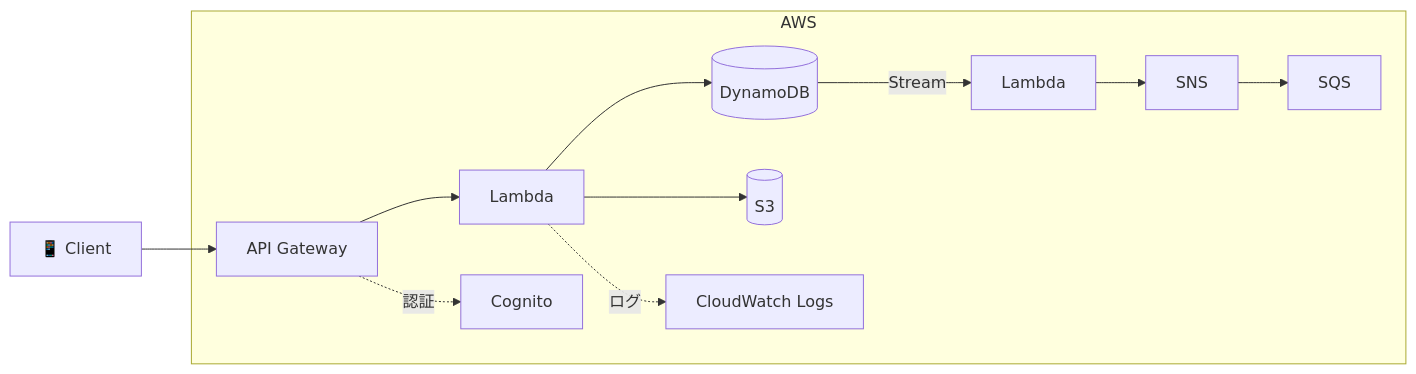
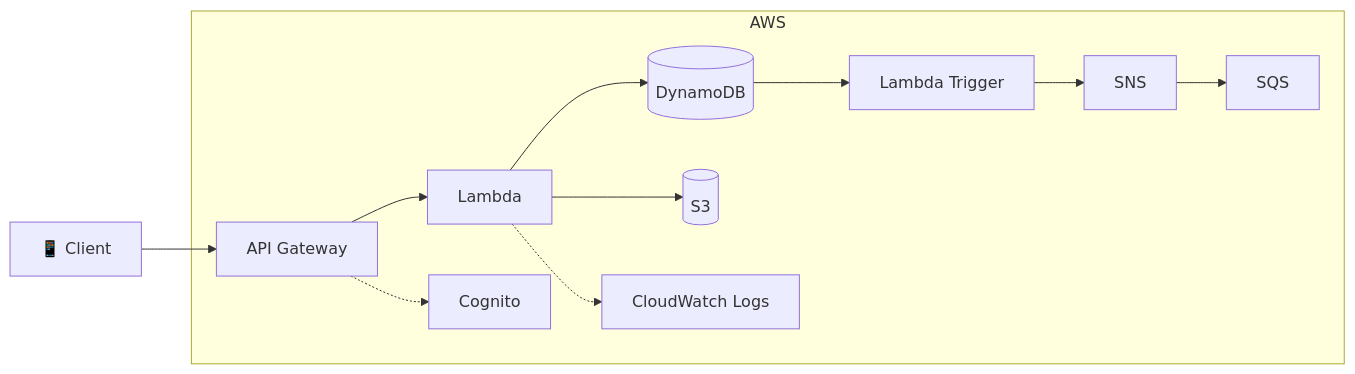
The second of 13 diagrams in docs/mermaid-showcase.md (forsteri/docs), drawn with Mermaid before and after one commit. The commit also changed other lines of this file, not shown here.

Commit message:
Mermaidダイアグラムの構成を改善し、サブグラフの名称を明確化。APIパターンやGitブランチ戦略の図を更新。

````diff
--- a/docs/mermaid-showcase.md
+++ b/docs/mermaid-showcase.md
@@ -50,17 +56,17 @@
 ```mermaid
 flowchart LR
     Client[📱 Client] --> APIGW[API Gateway]
     
     subgraph AWS
         APIGW --> Lambda[Lambda]
         Lambda --> DynamoDB[(DynamoDB)]
         Lambda --> S3[(S3)]
         
-        APIGW -.-> |認証| Cognito[Cognito]
-        Lambda -.-> |ログ| CWLogs[CloudWatch Logs]
+        APIGW -.-> Cognito[Cognito]
+        Lambda -.-> CWLogs[CloudWatch Logs]
         
-        DynamoDB --> |Stream| Lambda2[Lambda]
+        DynamoDB --> Lambda2[Lambda Trigger]
         Lambda2 --> SNS[SNS]
         SNS --> SQS[SQS]
     end
 ```
````
